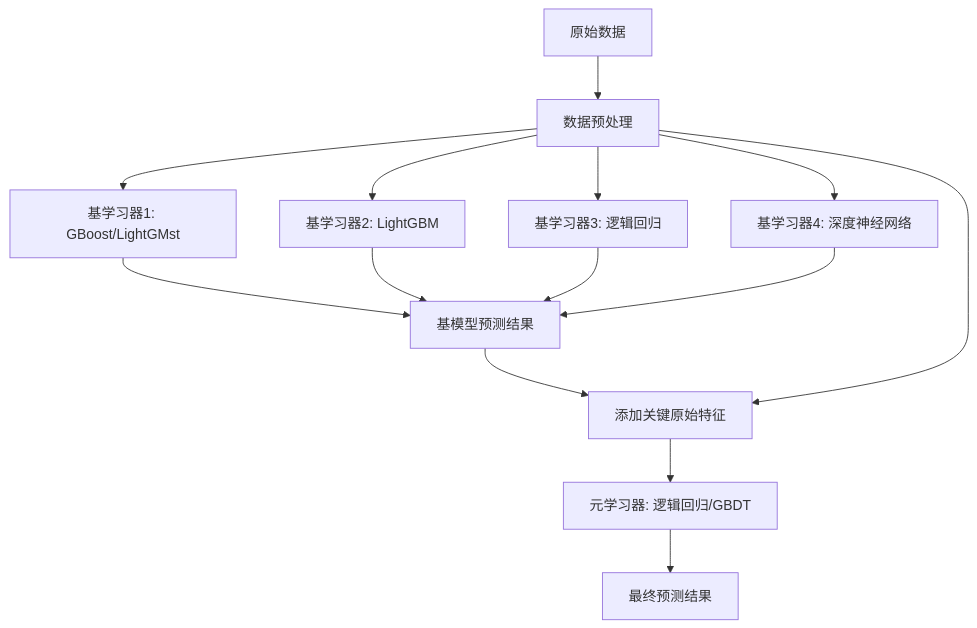
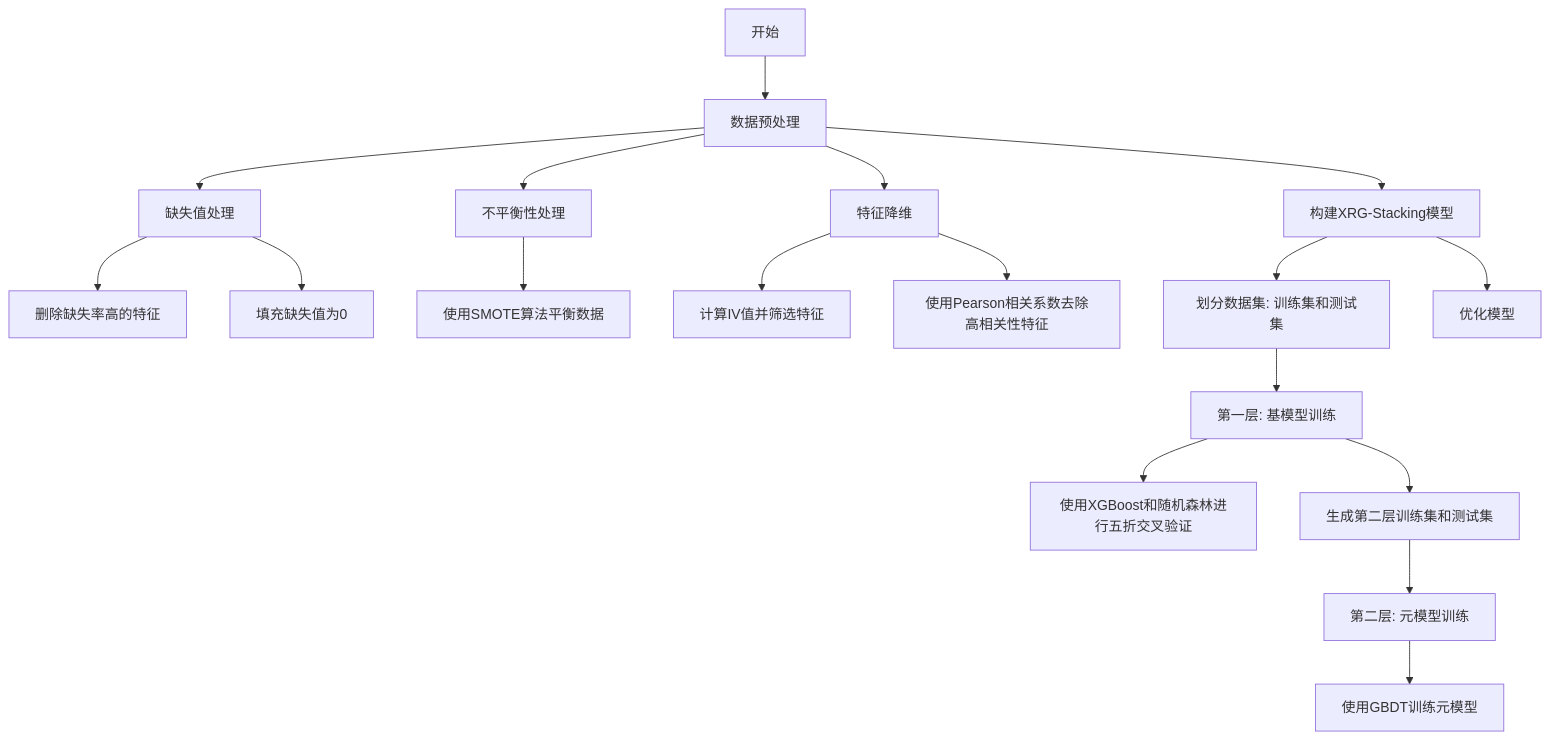
Before and after one commit to fromwhitetoblack/iodraw-files: the diagram in all/未命名.md, drawn with Mermaid.

Commit message:
2025-03-11 11:58:57 update

````diff
--- a/all/未命名.md
+++ b/all/未命名.md
@@ -1,16 +1,20 @@
 ```mermaid
 graph TD
-    A[原始数据] --> B[数据预处理]
-    B --> C1[基学习器1: GBoost/LightGMst]
-    B --> C2[基学习器2: LightGBM]
-    B --> C3[基学习器3: 逻辑回归]
-    B --> C4[基学习器4: 深度神经网络]
-    C1 --> D[基模型预测结果]
-    C2 --> D
-    C3 --> D
-    C4 --> D
-    D --> E[元学习器输入特征]
-    B --> E[添加关键原始特征]
-    E --> F[元学习器: 逻辑回归/GBDT]
-    F --> G[最终预测结果]
+    A[开始] --> B[数据预处理]
+    B --> B1[缺失值处理]
+    B1 --> B2[删除缺失率高的特征]
+    B1 --> B3[填充缺失值为0]
+    B --> B4[不平衡性处理]
+    B4 --> B5[使用SMOTE算法平衡数据]
+    B --> B6[特征降维]
+    B6 --> B7[计算IV值并筛选特征]
+    B6 --> B8[使用Pearson相关系数去除高相关性特征]
+    B --> C[构建XRG-Stacking模型]
+    C --> C1[划分数据集: 训练集和测试集]
+    C1 --> C2[第一层: 基模型训练]
+    C2 --> C3[使用XGBoost和随机森林进行五折交叉验证]
+    C2 --> C4[生成第二层训练集和测试集]
+    C4 --> C5[第二层: 元模型训练]
+    C5 --> C6[使用GBDT训练元模型]
+    C --> D[优化模型]
 ```
````
